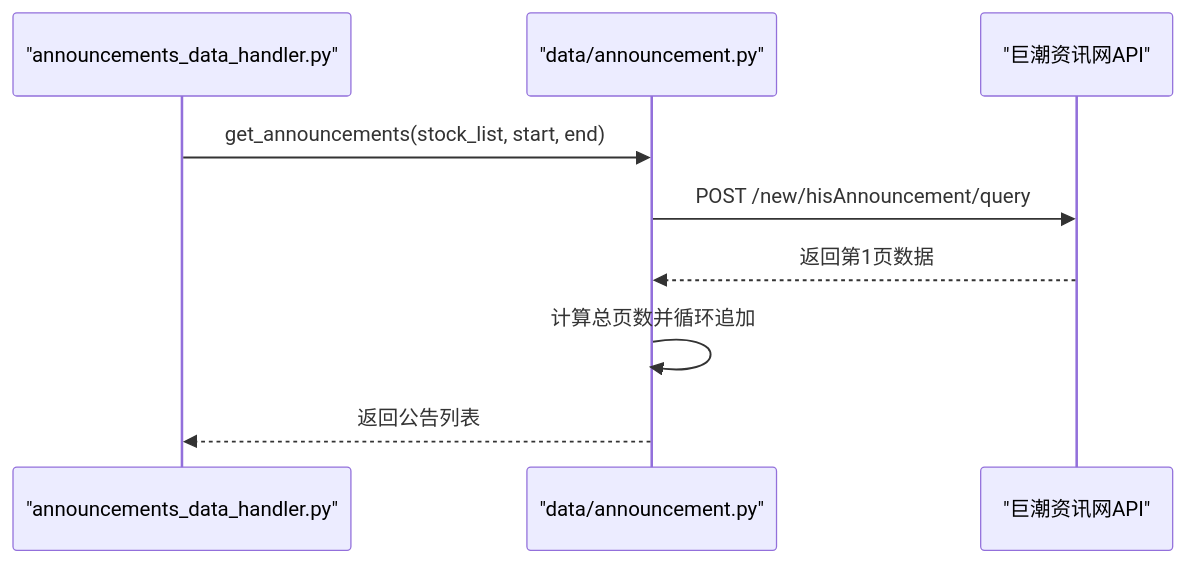
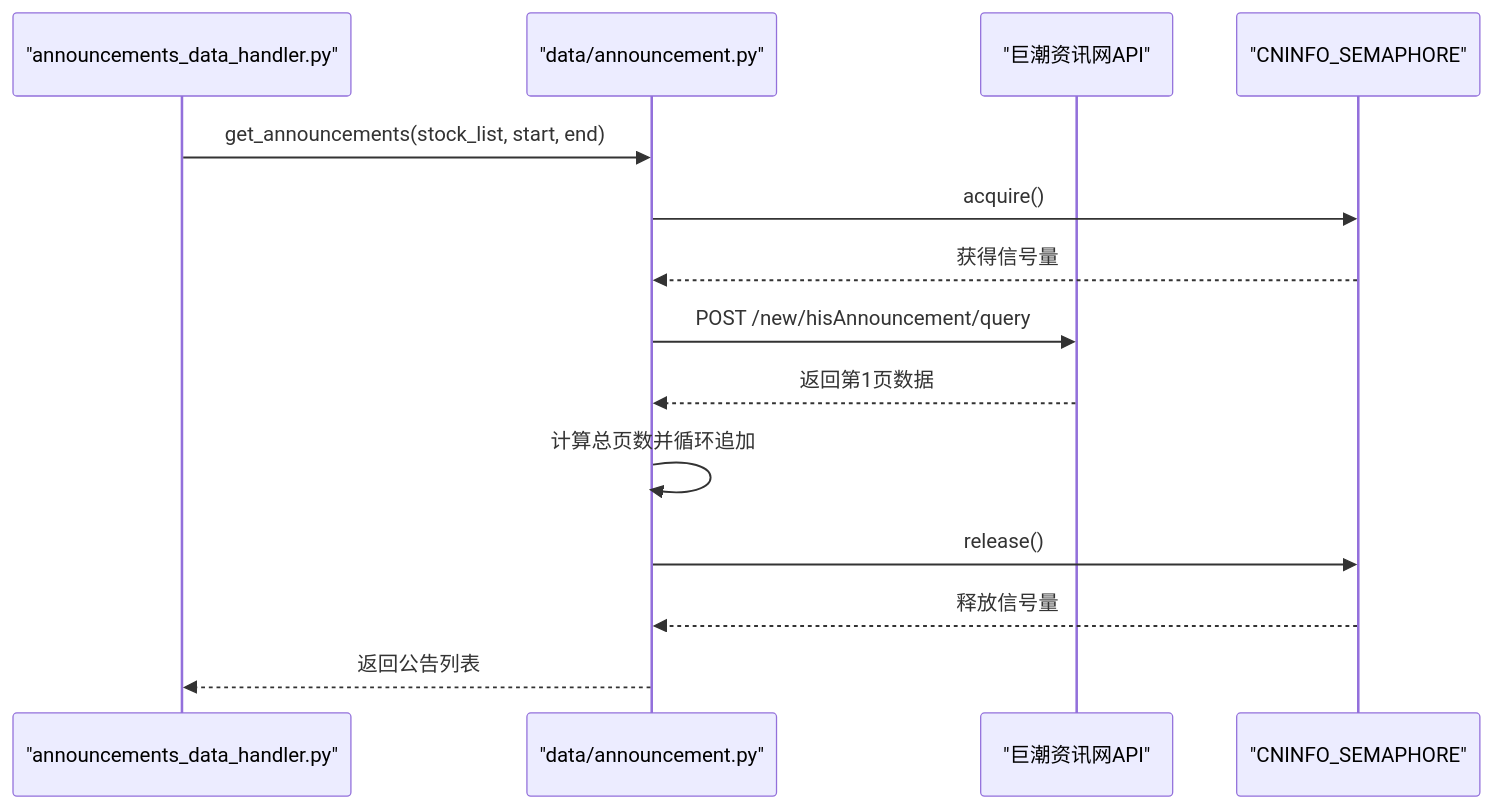
Before and after one commit to iverwong/DataLife: the fourth of 10 diagrams in .qoder/repowiki/zh/content/性能优化/并发处理优化.md, drawn with Mermaid. The commit also changed other lines of this file and 14 other files, not shown here.

````diff
--- a/.qoder/repowiki/zh/content/性能优化/并发处理优化.md
+++ b/.qoder/repowiki/zh/content/性能优化/并发处理优化.md
@@ -161,11 +203,16 @@
 ```mermaid
 sequenceDiagram
 participant H as "announcements_data_handler.py"
 participant A as "data/announcement.py"
 participant Net as "巨潮资讯网API"
+participant S as "CNINFO_SEMAPHORE"
 H->>A : get_announcements(stock_list, start, end)
+A->>S : acquire()
+S-->>A : 获得信号量
 A->>Net : POST /new/hisAnnouncement/query
 Net-->>A : 返回第1页数据
 A->>A : 计算总页数并循环追加
+A->>S : release()
+S-->>A : 释放信号量
 A-->>H : 返回公告列表
 ```
````
